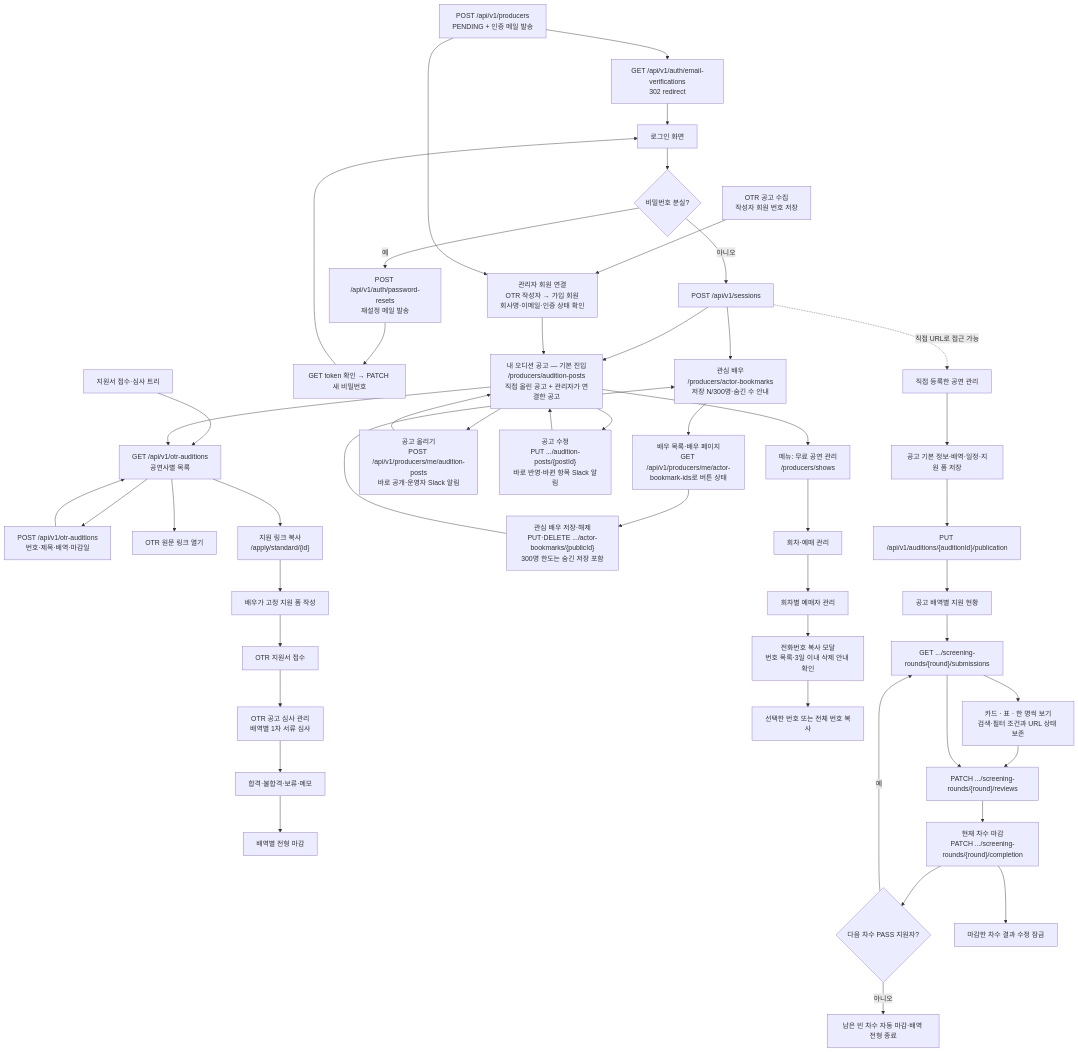
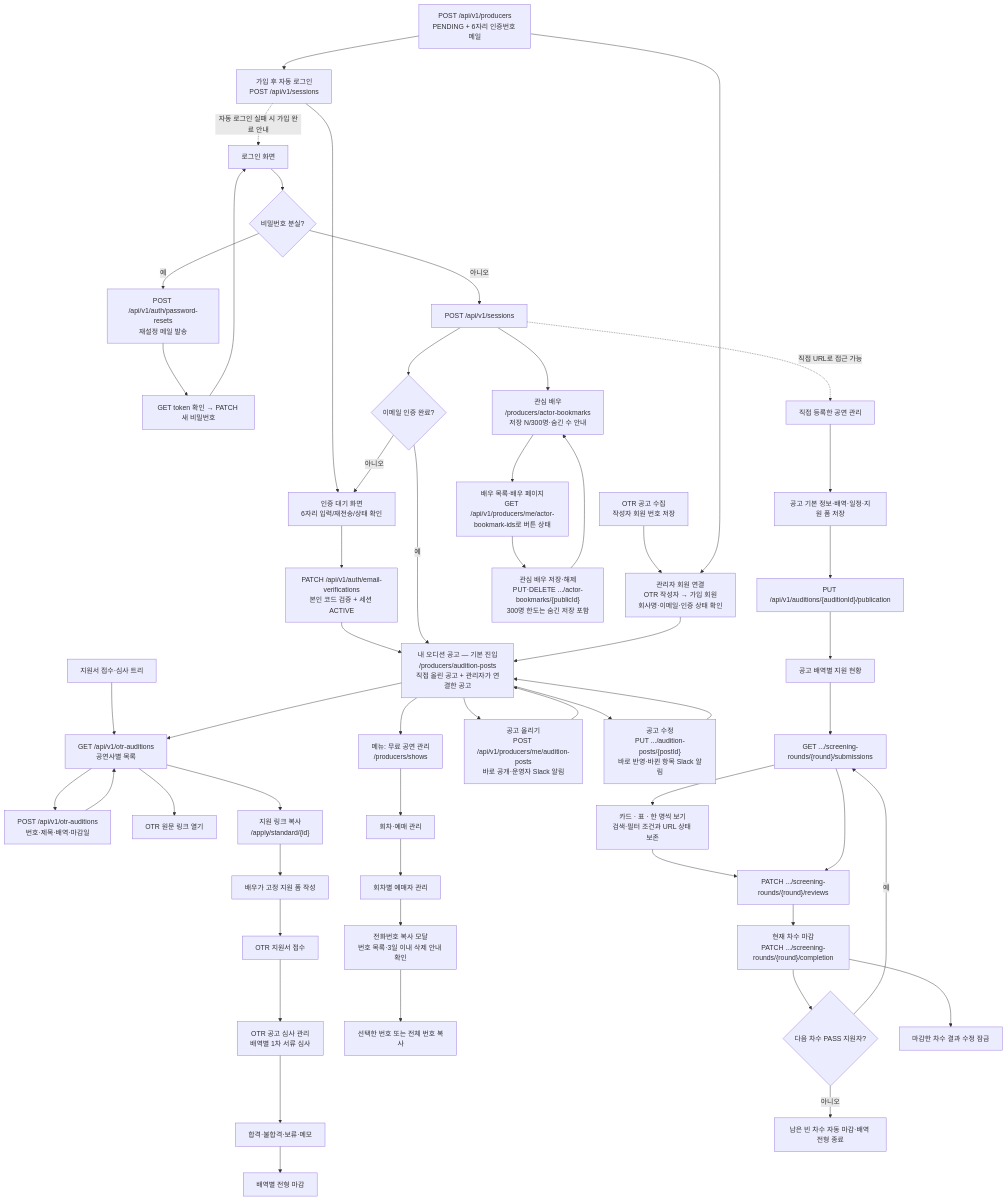
Before and after one commit to woowacourse-teams/2026-yesulin: the diagram in frontend/docs/user-flows/producer.mmd, drawn with Mermaid. The commit also changed 60 other files, not shown here.

```diff
--- a/frontend/docs/user-flows/producer.mmd
+++ b/frontend/docs/user-flows/producer.mmd
@@ -1,49 +1,54 @@
 flowchart TD
     OTR_TREE["지원서 접수·심사 트리"] --> OTR_LIST["GET /api/v1/otr-auditions<br>공연사별 목록"]
     OTR_LIST --> OTR_CREATE["POST /api/v1/otr-auditions<br>번호·제목·배역·마감일"]
     OTR_CREATE --> OTR_LIST
     OTR_LIST --> OTR_SOURCE["OTR 원문 링크 열기"]
     OTR_LIST --> OTR_APPLY["지원 링크 복사<br>/apply/standard/{id}"]
     OTR_APPLY --> OTR_FORM["배우가 고정 지원 폼 작성"]
     OTR_FORM --> OTR_SUBMIT["OTR 지원서 접수"]
     OTR_SUBMIT --> OTR_SCREEN["OTR 공고 심사 관리<br>배역별 1차 서류 심사"]
     OTR_SCREEN --> OTR_DECIDE["합격·불합격·보류·메모"]
     OTR_DECIDE --> OTR_CLOSE["배역별 전형 마감"]
-    SIGNUP["POST /api/v1/producers<br>PENDING + 인증 메일 발송"] --> VERIFY["GET /api/v1/auth/email-verifications<br>302 redirect"]
-    VERIFY --> LOGIN_FORM["로그인 화면"]
+    SIGNUP["POST /api/v1/producers<br>PENDING + 6자리 인증번호 메일"] --> AUTO_LOGIN["가입 후 자동 로그인<br>POST /api/v1/sessions"]
+    AUTO_LOGIN --> CODE_INPUT["인증 대기 화면<br>6자리 입력/재전송/상태 확인"]
+    CODE_INPUT --> VERIFY["PATCH /api/v1/auth/email-verifications<br>본인 코드 검증 + 세션 ACTIVE"]
+    VERIFY --> POSTS
+    AUTO_LOGIN -. "자동 로그인 실패 시 가입 완료 안내" .-> LOGIN_FORM["로그인 화면"]
     LOGIN_FORM --> FORGOT{"비밀번호 분실?"}
     FORGOT -- 예 --> RESET_MAIL["POST /api/v1/auth/password-resets<br>재설정 메일 발송"]
     RESET_MAIL --> RESET["GET token 확인 → PATCH 새 비밀번호"]
     RESET --> LOGIN_FORM
     FORGOT -- 아니오 --> LOGIN["POST /api/v1/sessions"]
-    LOGIN --> POSTS["내 오디션 공고 — 기본 진입<br>/producers/audition-posts<br>직접 올린 공고 + 관리자가 연결한 공고"]
+    LOGIN --> STATUS{"이메일 인증 완료?"}
+    STATUS -- 아니오 --> CODE_INPUT
+    STATUS -- 예 --> POSTS["내 오디션 공고 — 기본 진입<br>/producers/audition-posts<br>직접 올린 공고 + 관리자가 연결한 공고"]
     POSTS --> FREE_SHOW["메뉴: 무료 공연 관리<br>/producers/shows"]
     POSTS --> OTR_LIST
     OTR_IMPORT["OTR 공고 수집<br>작성자 회원 번호 저장"] --> MEMBER_LINK["관리자 회원 연결<br>OTR 작성자 → 가입 회원<br>회사명·이메일·인증 상태 확인"]
     SIGNUP --> MEMBER_LINK
     MEMBER_LINK --> POSTS
     POSTS --> POST_NEW["공고 올리기<br>POST /api/v1/producers/me/audition-posts<br>바로 공개·운영자 Slack 알림"]
     POSTS --> POST_EDIT["공고 수정<br>PUT .../audition-posts/{postId}<br>바로 반영·바뀐 항목 Slack 알림"]
     POST_NEW --> POSTS
     POST_EDIT --> POSTS
     LOGIN --> BOOKMARKS["관심 배우<br>/producers/actor-bookmarks<br>저장 N/300명·숨긴 수 안내"]
     BOOKMARKS --> ACTORS["배우 목록·배우 페이지<br>GET /api/v1/producers/me/actor-bookmark-ids로 버튼 상태"]
     ACTORS --> BOOKMARK_TOGGLE["관심 배우 저장·해제<br>PUT·DELETE .../actor-bookmarks/{publicId}<br>300명 한도는 숨긴 저장 포함"]
     BOOKMARK_TOGGLE --> BOOKMARKS
     FREE_SHOW --> FREE_SESSION["회차·예매 관리"]
     FREE_SESSION --> FREE_RESERVATIONS["회차별 예매자 관리"]
     FREE_RESERVATIONS --> PHONE_LIST["전화번호 복사 모달<br>번호 목록·3일 이내 삭제 안내 확인"]
     PHONE_LIST --> PHONE_COPY["선택한 번호 또는 전체 번호 복사"]
     LOGIN -. "직접 URL로 접근 가능" .-> PERFORMANCE["직접 등록한 공연 관리"]
     PERFORMANCE --> AUDITION["공고 기본 정보·배역·일정·지원 폼 저장"]
     AUDITION --> PUBLISH["PUT /api/v1/auditions/{auditionId}/publication"]
     PUBLISH --> ROLE["공고 배역별 지원 현황"]
     ROLE --> BOARD["GET .../screening-rounds/{round}/submissions"]
     BOARD --> FOCUS["카드 · 표 · 한 명씩 보기\n검색·필터 조건과 URL 상태 보존"]
     FOCUS --> REVIEW
     BOARD --> REVIEW["PATCH .../screening-rounds/{round}/reviews"]
     REVIEW --> COMPLETE["현재 차수 마감<br>PATCH .../screening-rounds/{round}/completion"]
     COMPLETE --> NEXT{"다음 차수 PASS 지원자?"}
     NEXT -- 예 --> BOARD
     NEXT -- 아니오 --> LOCKED["남은 빈 차수 자동 마감·배역 전형 종료"]
     COMPLETE --> CURRENT_LOCKED["마감한 차수 결과 수정 잠금"]
```
